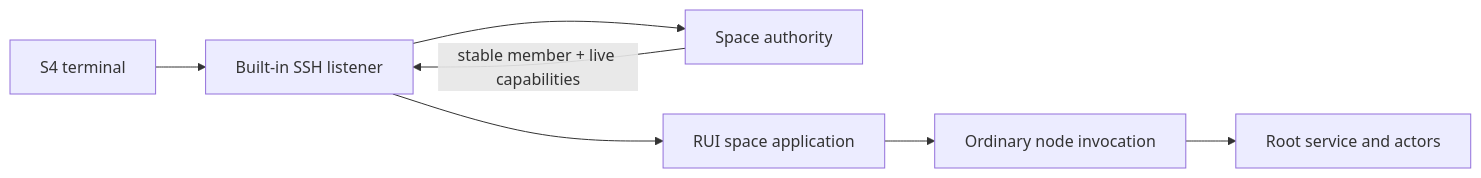
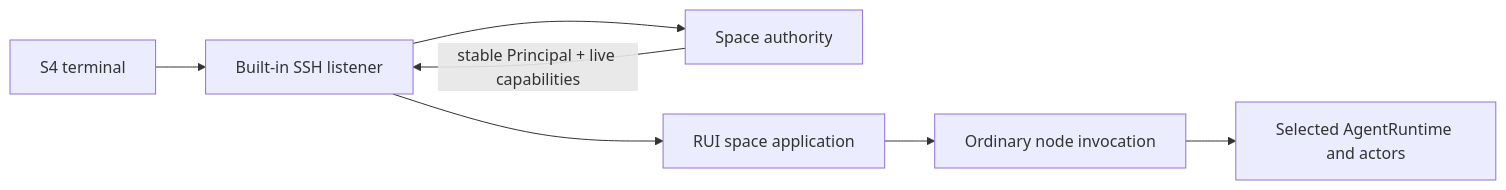
One commit to virto-network/vos changed the diagram in docs/ssh-ingress.md. Above: the diagram before and after it, drawn with Mermaid. The commit also changed other lines of this file and 2 other files, not shown here.

````diff
--- a/docs/ssh-ingress.md
+++ b/docs/ssh-ingress.md
@@ -8,9 +8,9 @@
 ```mermaid
 flowchart LR
     S[S4 terminal] --> SSH[Built-in SSH listener]
     SSH --> A[Space authority]
-    A -->|stable member + live capabilities| SSH
+    A -->|stable Principal + live capabilities| SSH
     SSH --> R[RUI space application]
     R --> N[Ordinary node invocation]
-    N --> G[Root service and actors]
+    N --> G[Selected AgentRuntime and actors]
 ```
````
